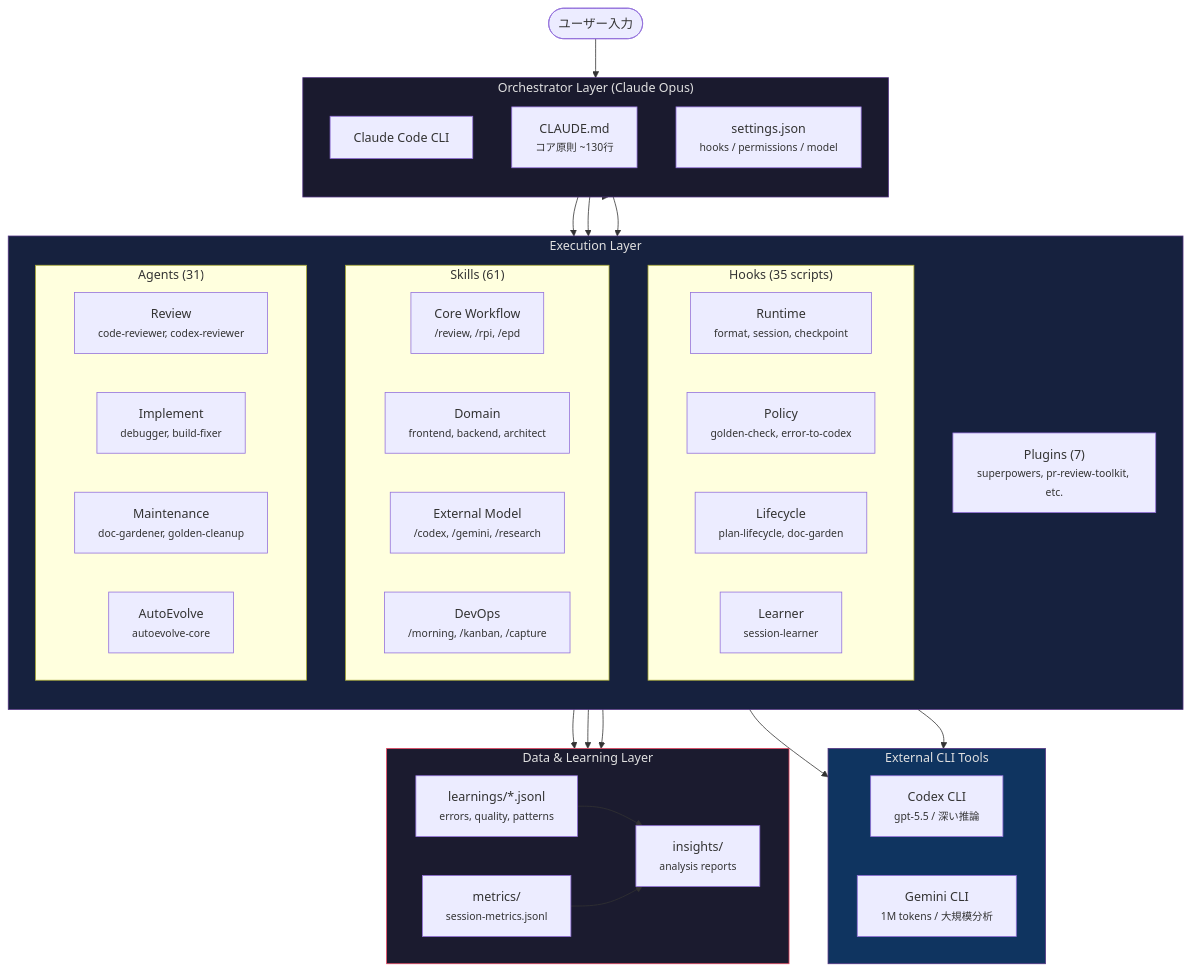
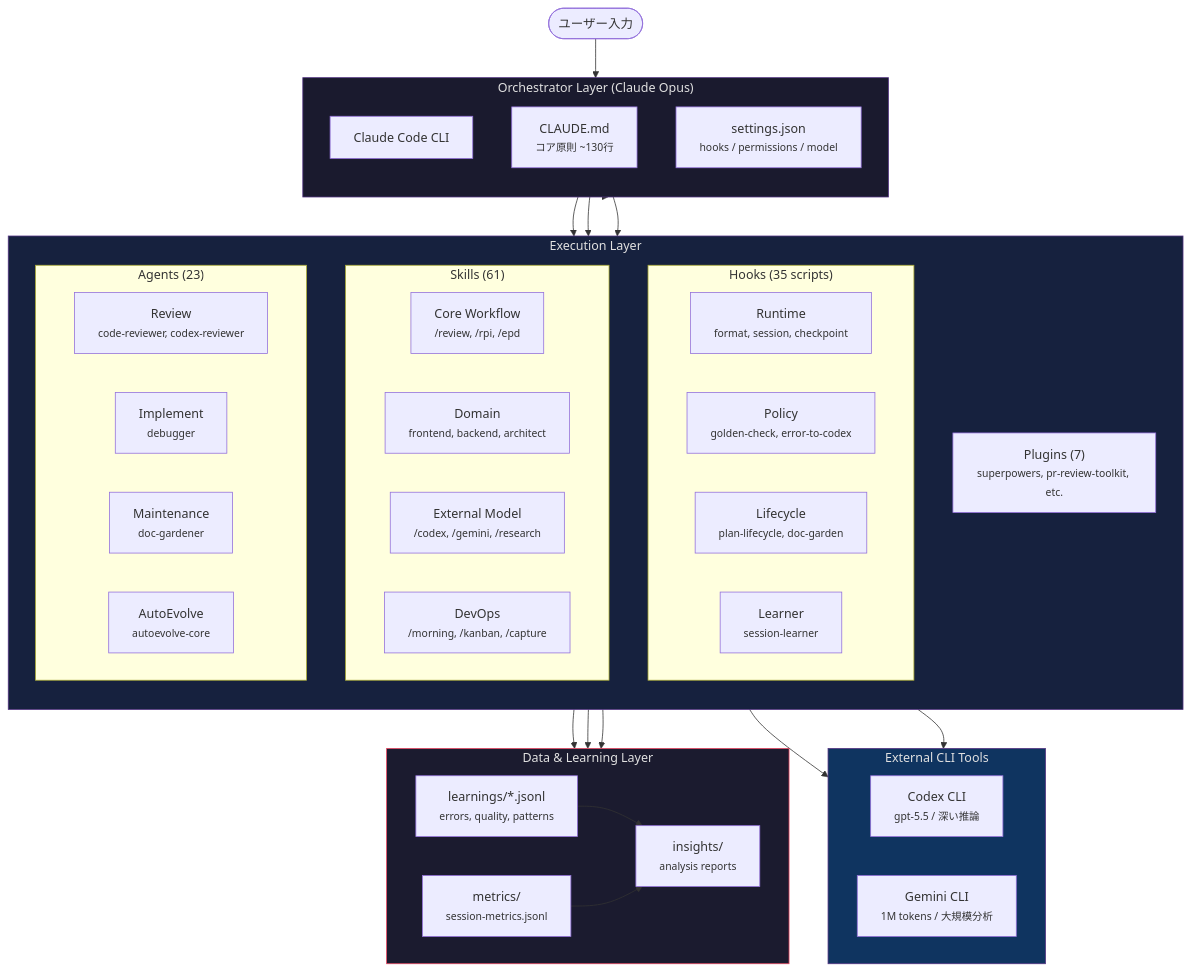
Before and after one commit to takeuchi-shogo/dotfiles: the first of 3 diagrams in .config/claude/README.md, drawn with Mermaid. The commit also changed other lines of this file and 3 other files, not shown here.

````diff
--- a/.config/claude/README.md
+++ b/.config/claude/README.md
@@ -28,71 +28,71 @@
 ```mermaid
 graph TB
     User([ユーザー入力])
 
     subgraph orchestrator["Orchestrator Layer (Claude Opus)"]
         direction TB
         CC[Claude Code CLI]
         CLAUDE_MD["CLAUDE.md<br><small>コア原則 ~130行</small>"]
         SETTINGS["settings.json<br><small>hooks / permissions / model</small>"]
     end
 
     subgraph execution["Execution Layer"]
         direction TB
         subgraph hooks_box["Hooks (35 scripts)"]
             direction LR
             H_RT["Runtime<br><small>format, session, checkpoint</small>"]
             H_PO["Policy<br><small>golden-check, error-to-codex</small>"]
             H_LC["Lifecycle<br><small>plan-lifecycle, doc-garden</small>"]
             H_LR["Learner<br><small>session-learner</small>"]
         end
 
         subgraph skills_box["Skills (61)"]
             direction LR
             SK_CORE["Core Workflow<br><small>/review, /rpi, /epd</small>"]
             SK_DOMAIN["Domain<br><small>frontend, backend, architect</small>"]
             SK_EXT["External Model<br><small>/codex, /gemini, /research</small>"]
             SK_OPS["DevOps<br><small>/morning, /kanban, /capture</small>"]
         end
 
-        subgraph agents_box["Agents (31)"]
+        subgraph agents_box["Agents (23)"]
             direction LR
             AG_REV["Review<br><small>code-reviewer, codex-reviewer</small>"]
-            AG_IMPL["Implement<br><small>debugger, build-fixer</small>"]
-            AG_MAINT["Maintenance<br><small>doc-gardener, golden-cleanup</small>"]
+            AG_IMPL["Implement<br><small>debugger</small>"]
+            AG_MAINT["Maintenance<br><small>doc-gardener</small>"]
             AG_EVOLVE["AutoEvolve<br><small>autoevolve-core</small>"]
         end
 
         PLUGINS["Plugins (7)<br><small>superpowers, pr-review-toolkit, etc.</small>"]
     end
 
     subgraph external["External CLI Tools"]
         direction LR
         CODEX["Codex CLI<br><small>gpt-5.5 / 深い推論</small>"]
         GEMINI["Gemini CLI<br><small>1M tokens / 大規模分析</small>"]
     end
 
     subgraph data["Data & Learning Layer"]
         direction LR
         LEARNINGS["learnings/*.jsonl<br><small>errors, quality, patterns</small>"]
         METRICS["metrics/<br><small>session-metrics.jsonl</small>"]
         INSIGHTS["insights/<br><small>analysis reports</small>"]
     end
 
     User --> CC
     CC --> hooks_box
     CC --> skills_box
     CC --> agents_box
     CC --> PLUGINS
     SK_EXT --> CODEX
     SK_EXT --> GEMINI
     AG_EVOLVE --> LEARNINGS
     H_LR --> LEARNINGS
     H_PO --> LEARNINGS
     LEARNINGS --> INSIGHTS
     METRICS --> INSIGHTS
 
     style orchestrator fill:#1a1a2e,stroke:#533483,color:#e0e0e0
     style execution fill:#16213e,stroke:#533483,color:#e0e0e0
     style external fill:#0f3460,stroke:#533483,color:#e0e0e0
     style data fill:#1b1b2f,stroke:#e94560,color:#e0e0e0
 ```
````
